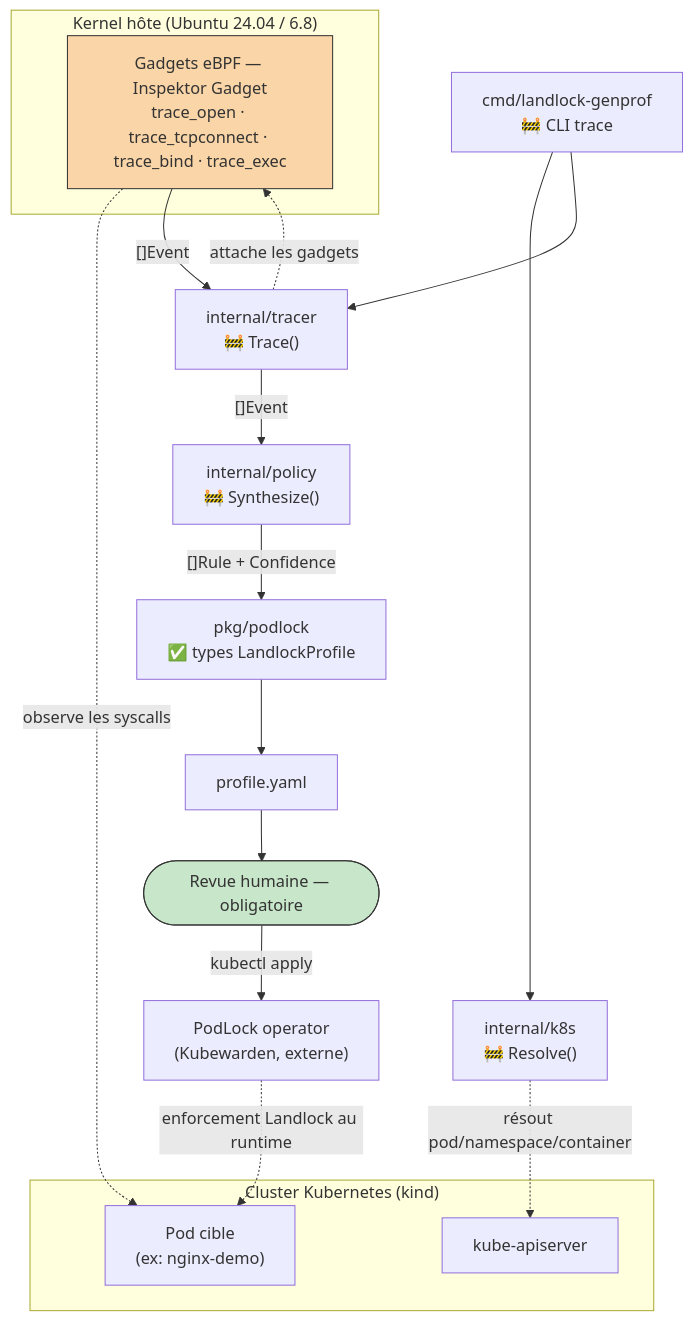
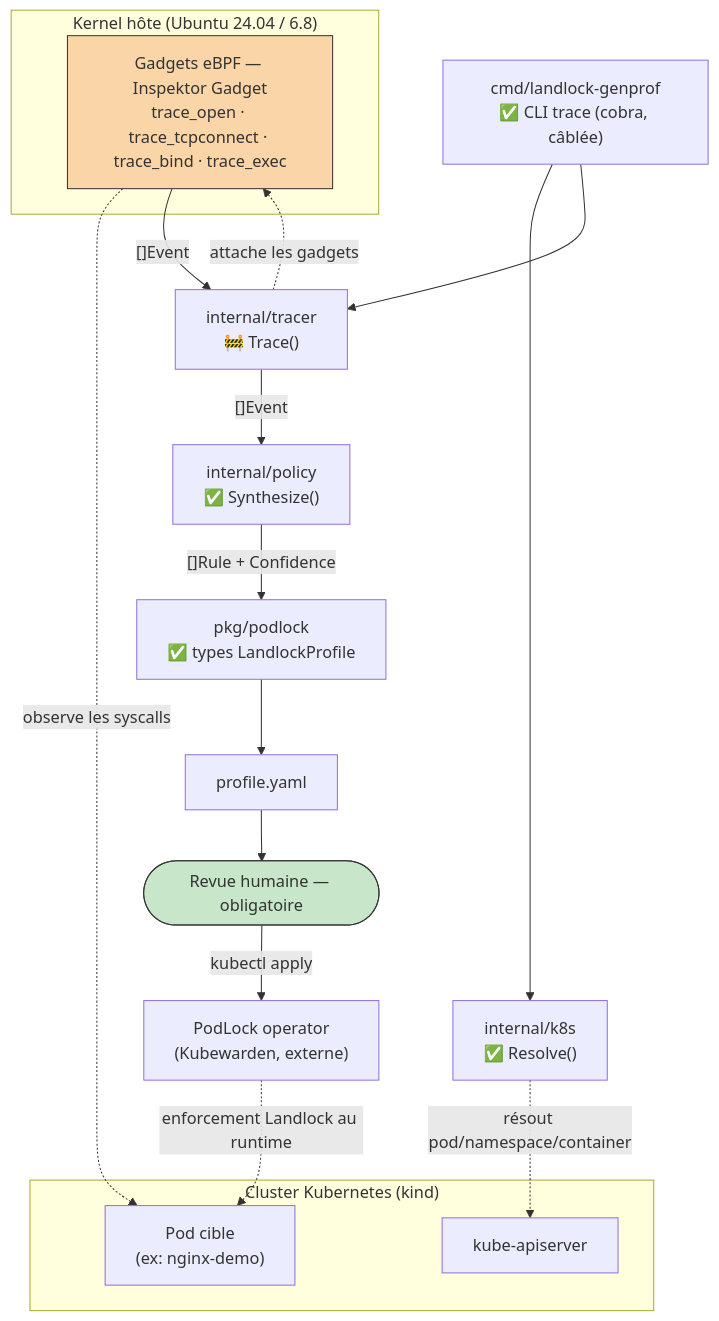
Before and after one commit to idriss-eliguene/landlock-genprof: the first of 3 diagrams in docs/architecture.md, drawn with Mermaid. The commit also changed other lines of this file and 6 other files, not shown here.

````diff
--- a/docs/architecture.md
+++ b/docs/architecture.md
@@ -12,36 +12,36 @@
 ```mermaid
 flowchart TD
     subgraph cluster["Cluster Kubernetes (kind)"]
         POD["Pod cible<br/>(ex: nginx-demo)"]
         API["kube-apiserver"]
     end
 
     subgraph host["Kernel hôte (Ubuntu 24.04 / 6.8)"]
         EBPF["Gadgets eBPF — Inspektor Gadget<br/>trace_open · trace_tcpconnect · trace_bind · trace_exec"]
     end
 
-    CLI["cmd/landlock-genprof<br/>🚧 CLI trace"]
-    K8SPKG["internal/k8s<br/>🚧 Resolve()"]
+    CLI["cmd/landlock-genprof<br/>✅ CLI trace (cobra, câblée)"]
+    K8SPKG["internal/k8s<br/>✅ Resolve()"]
     TRACER["internal/tracer<br/>🚧 Trace()"]
-    POLICY["internal/policy<br/>🚧 Synthesize()"]
+    POLICY["internal/policy<br/>✅ Synthesize()"]
     PODLOCKTYPES["pkg/podlock<br/>✅ types LandlockProfile"]
     YAML["profile.yaml"]
     HUMAN(["Revue humaine — obligatoire"])
     PODLOCKOP["PodLock operator<br/>(Kubewarden, externe)"]
 
     CLI --> K8SPKG
     K8SPKG -. "résout pod/namespace/container" .-> API
     CLI --> TRACER
     TRACER -. "attache les gadgets" .-> EBPF
     EBPF -. "observe les syscalls" .-> POD
     EBPF -- "[]Event" --> TRACER
     TRACER -- "[]Event" --> POLICY
     POLICY -- "[]Rule + Confidence" --> PODLOCKTYPES
     PODLOCKTYPES --> YAML
     YAML --> HUMAN
     HUMAN -- "kubectl apply" --> PODLOCKOP
     PODLOCKOP -. "enforcement Landlock au runtime" .-> POD
 
     style EBPF fill:#f9d5a7,stroke:#333
     style HUMAN fill:#c8e6c9,stroke:#333
 ```
````
